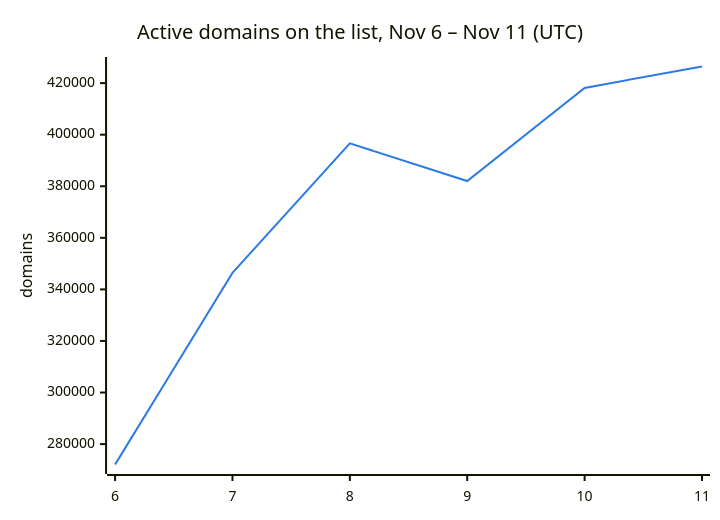
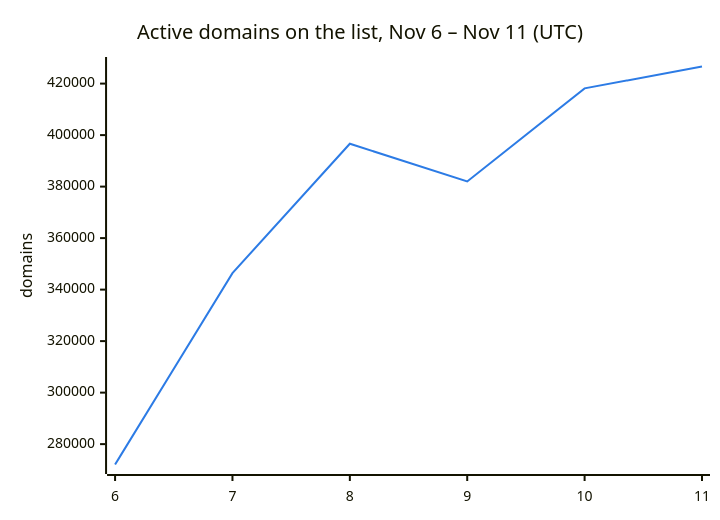
The second of 3 diagrams in README.md (DNSBunker/CTI), drawn with Mermaid before and after one commit. The commit also changed other lines of this file and 3 other files, not shown here.

````diff
--- a/README.md
+++ b/README.md
@@ -38,8 +38,8 @@
 ```mermaid
 %%{init: {"themeVariables": {"xyChart": {"plotColorPalette": "#2c7be5"}}}}%%
 xychart-beta
     title "Active domains on the list, Nov 6 – Nov 11 (UTC)"
     x-axis ["6", "7", "8", "9", "10", "11"]
     y-axis "domains"
-    line [272088, 346388, 396638, 382009, 418143, 426444]
+    line [272088, 346388, 396638, 382009, 418143, 426639]
 ```
````
